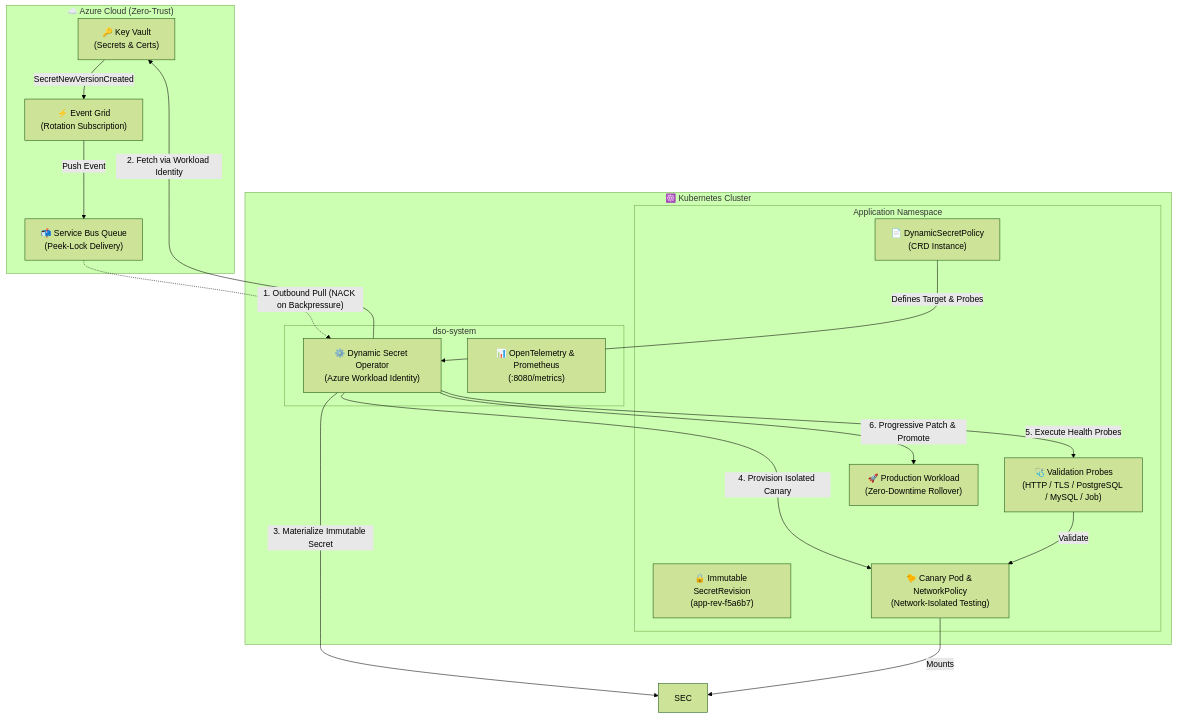
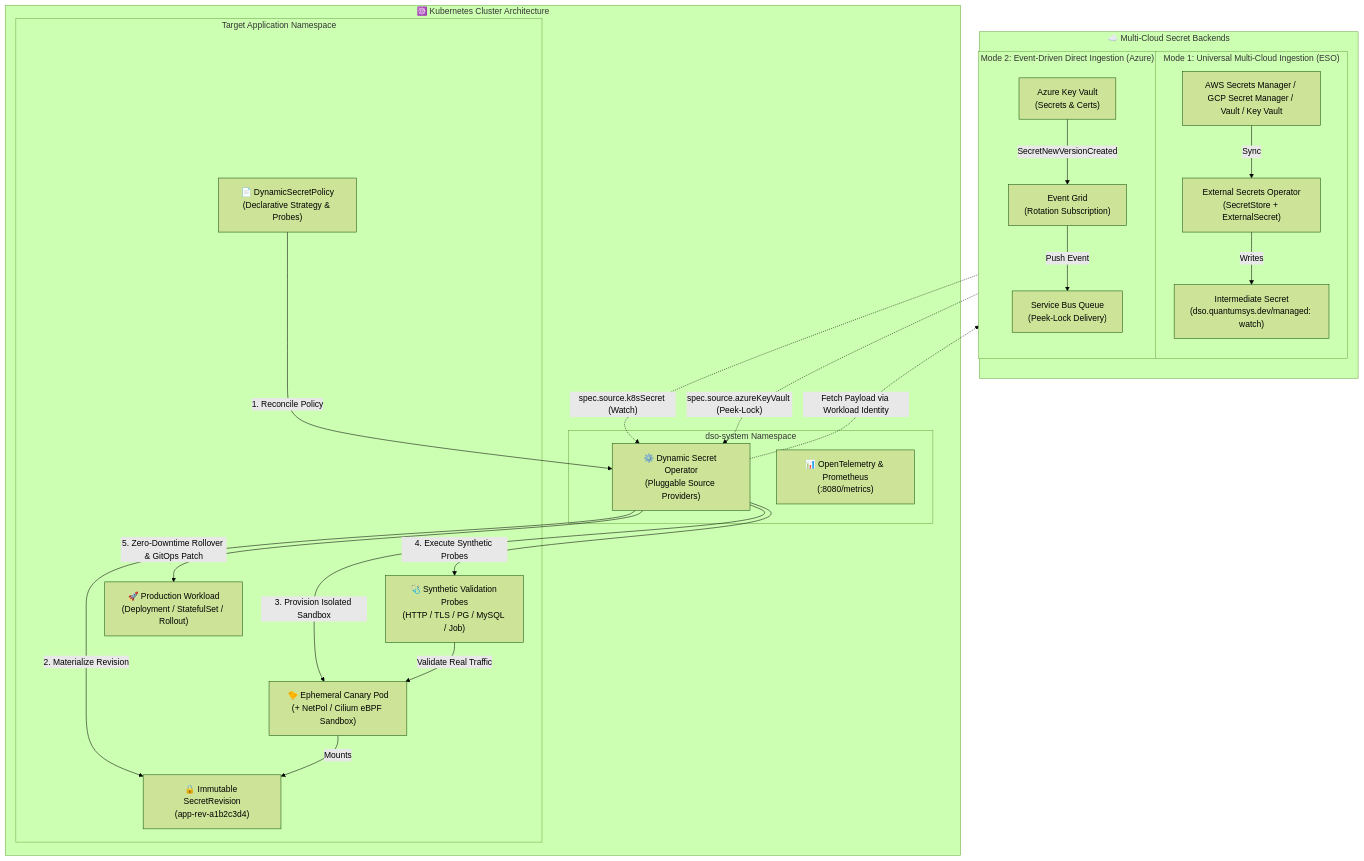
The diagram in README.md (quantumsys-dev/dynamic-secret-operator), drawn with Mermaid (forest theme) before and after one commit.

Commit message:
docs: update README architecture diagram with dual ESO and Service Bus ingestion modes

````diff
--- a/README.md
+++ b/README.md
@@ -36,35 +36,50 @@
 ```mermaid
 flowchart TD
-    subgraph Azure Cloud ["☁️ Azure Cloud (Zero-Trust)"]
-        AKV["🔑 Key Vault<br/>(Secrets & Certs)"]
-        AEG["⚡ Event Grid<br/>(Rotation Subscription)"]
-        ASB["📬 Service Bus Queue<br/>(Peek-Lock Delivery)"]
-        AKV -->|"SecretNewVersionCreated"| AEG
-        AEG -->|"Push Event"| ASB
+    subgraph MultiCloud ["☁️ Multi-Cloud Secret Backends"]
+        direction TB
+        subgraph ModeB ["Mode 1: Universal Multi-Cloud Ingestion (ESO)"]
+            VAULT_ALL["AWS Secrets Manager / GCP Secret Manager / Vault / Key Vault"]
+            ESO["External Secrets Operator<br/>(SecretStore + ExternalSecret)"]
+            SYNC_SEC["Intermediate Secret<br/>(dso.quantumsys.dev/managed: watch)"]
+            VAULT_ALL -->|"Sync"| ESO
+            ESO -->|"Writes"| SYNC_SEC
+        end
+
+        subgraph ModeA ["Mode 2: Event-Driven Direct Ingestion (Azure)"]
+            AKV["Azure Key Vault<br/>(Secrets & Certs)"]
+            AEG["Event Grid<br/>(Rotation Subscription)"]
+            ASB["Service Bus Queue<br/>(Peek-Lock Delivery)"]
+            AKV -->|"SecretNewVersionCreated"| AEG
+            AEG -->|"Push Event"| ASB
+        end
     end
 
-    subgraph K8s Cluster ["☸️ Kubernetes Cluster"]
-        subgraph DSO Namespace ["dso-system"]
-            DSO["⚙️ Dynamic Secret Operator<br/>(Azure Workload Identity)"]
+    subgraph K8sCluster ["☸️ Kubernetes Cluster Architecture"]
+        subgraph DSO_System ["dso-system Namespace"]
+            DSO["⚙️ Dynamic Secret Operator<br/>(Pluggable Source Providers)"]
             OTEL["📊 OpenTelemetry & Prometheus<br/>(:8080/metrics)"]
         end
 
-        subgraph App Namespace ["Application Namespace"]
-            CRD["📄 DynamicSecretPolicy<br/>(CRD Instance)"]
-            SEC_NEW["🔒 Immutable SecretRevision<br/>(app-rev-f5a6b7)"]
-            CANARY["🐤 Canary Pod & NetworkPolicy<br/>(Network-Isolated Testing)"]
-            PROBES["🩺 Validation Probes<br/>(HTTP / TLS / PostgreSQL / MySQL / Job)"]
-            PROD["🚀 Production Workload<br/>(Zero-Downtime Rollover)"]
+        subgraph AppNamespace ["Target Application Namespace"]
+            DSP["📄 DynamicSecretPolicy<br/>(Declarative Strategy & Probes)"]
+            REV_SEC["🔒 Immutable SecretRevision<br/>(app-rev-a1b2c3d4)"]
+            CANARY["🐤 Ephemeral Canary Pod<br/>(+ NetPol / Cilium eBPF Sandbox)"]
+            PROBES["🩺 Synthetic Validation Probes<br/>(HTTP / TLS / PG / MySQL / Job)"]
+            PROD["🚀 Production Workload<br/>(Deployment / StatefulSet / Rollout)"]
         end
     end
 
-    ASB -.->|"1. Outbound Pull (NACK on Backpressure)"| DSO
-    DSO -->|"2. Fetch via Workload Identity"| AKV
-    CRD -->|"Defines Target & Probes"| DSO
-    DSO -->|"3. Materialize Immutable Secret"| SEC
-    DSO -->|"4. Provision Isolated Canary"| CANARY
-    CANARY -->|"Mounts"| SEC
-    DSO -->|"5. Execute Health Probes"| PROBES
-    PROBES -->|"Validate"| CANARY
-    DSO -->|"6. Progressive Patch & Promote"| PROD
+    %% Ingestion Flows
+    SYNC_SEC -.->|"spec.source.k8sSecret (Watch)"| DSO
+    ASB -.->|"spec.source.azureKeyVault (Peek-Lock)"| DSO
+    DSO -.->|"Fetch Payload via Workload Identity"| AKV
+
+    %% Progressive Delivery State Machine
+    DSP -->|"1. Reconcile Policy"| DSO
+    DSO -->|"2. Materialize Revision"| REV_SEC
+    DSO -->|"3. Provision Isolated Sandbox"| CANARY
+    CANARY -->|"Mounts"| REV_SEC
+    DSO -->|"4. Execute Synthetic Probes"| PROBES
+    PROBES -->|"Validate Real Traffic"| CANARY
+    DSO -->|"5. Zero-Downtime Rollover & GitOps Patch"| PROD
 ```
````
